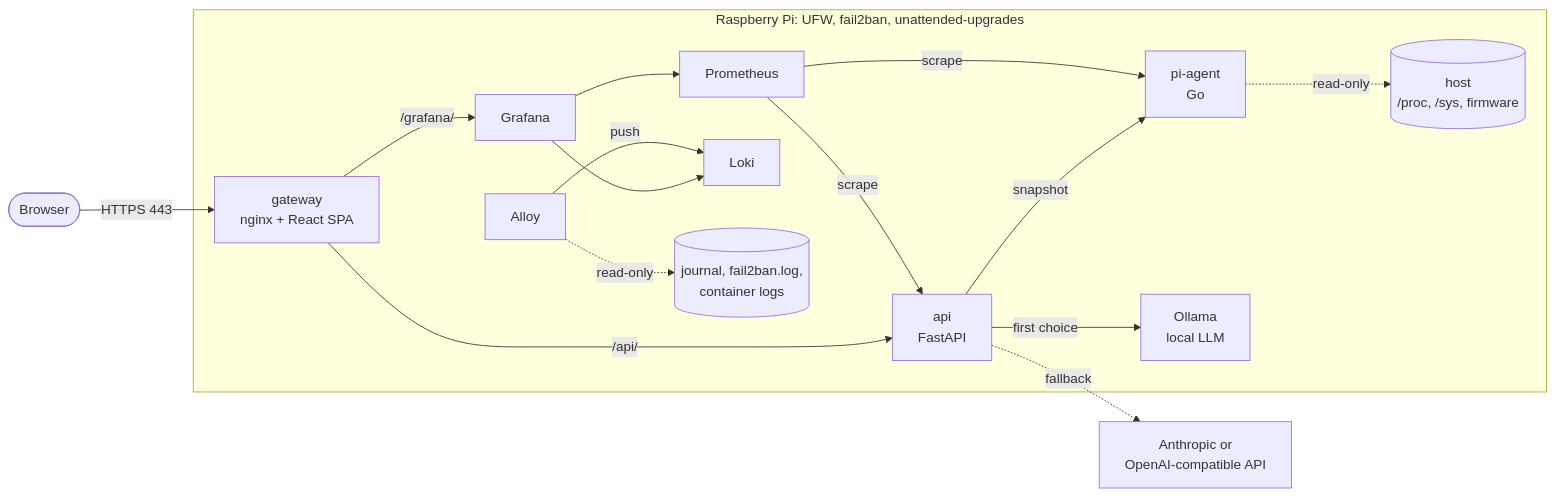
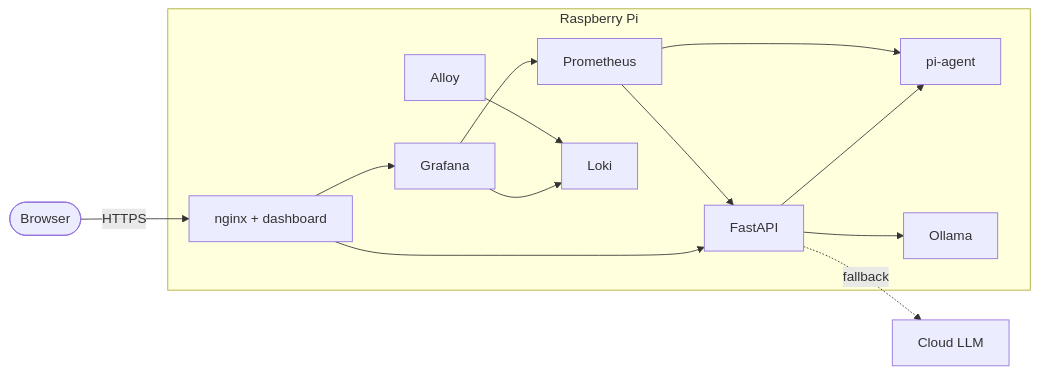
One commit to Reec1e33/proj2-raspPI-ai-server changed the diagram in README.md. Above: the diagram before and after it, drawn with Mermaid. The commit also changed other lines of this file and 19 other files, not shown here.

````diff
--- a/README.md
+++ b/README.md
@@ -62,30 +41,16 @@
 ```mermaid
 flowchart LR
-  user(["Browser"])
-  cloud["Anthropic or<br/>OpenAI-compatible API"]
-  subgraph pi["Raspberry Pi: UFW, fail2ban, unattended-upgrades"]
-    gateway["gateway<br/>nginx + React SPA"]
-    api["api<br/>FastAPI"]
-    agent["pi-agent<br/>Go"]
-    ollama["Ollama<br/>local LLM"]
-    prometheus["Prometheus"]
-    grafana["Grafana"]
-    loki["Loki"]
-    alloy["Alloy"]
-    host[("host<br/>/proc, /sys, firmware")]
-    logs[("journal, fail2ban.log,<br/>container logs")]
+  browser([Browser]) -- HTTPS --> nginx
+  subgraph pi[Raspberry Pi]
+    nginx[nginx + dashboard] --> api[FastAPI]
+    nginx --> grafana[Grafana]
+    api --> agent[pi-agent]
+    api --> ollama[Ollama]
+    prometheus[Prometheus] --> agent
+    prometheus --> api
+    grafana --> prometheus
+    grafana --> loki[Loki]
+    alloy[Alloy] --> loki
   end
-  user -- "HTTPS 443" --> gateway
-  gateway -- "/api/" --> api
-  gateway -- "/grafana/" --> grafana
-  api -- "snapshot" --> agent
-  api -- "first choice" --> ollama
-  api -. "fallback" .-> cloud
-  agent -. "read-only" .-> host
-  prometheus -- "scrape" --> agent
-  prometheus -- "scrape" --> api
-  grafana --> prometheus
-  grafana --> loki
-  alloy -- "push" --> loki
-  alloy -. "read-only" .-> logs
+  api -. fallback .-> cloud[Cloud LLM]
 ```
````
